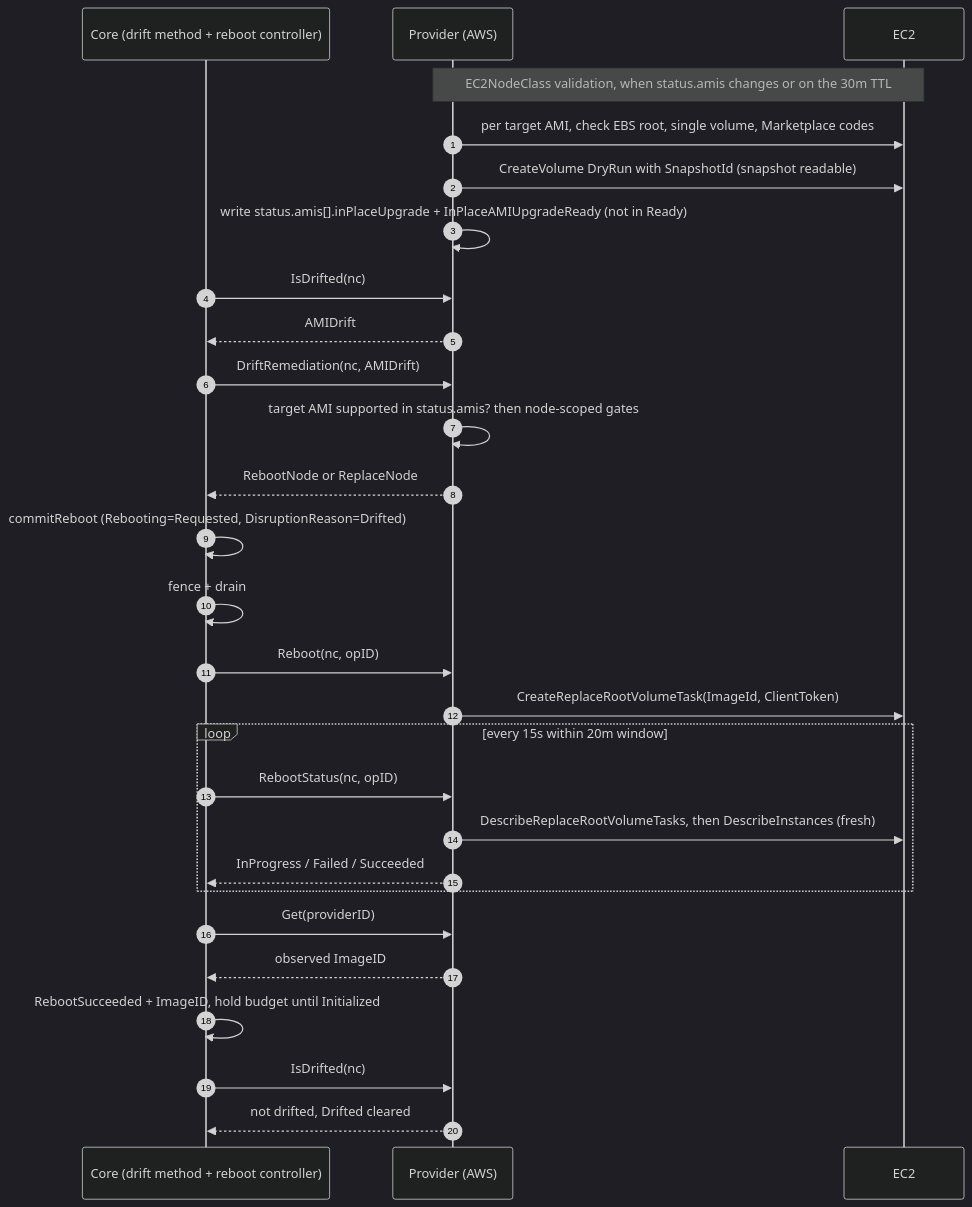
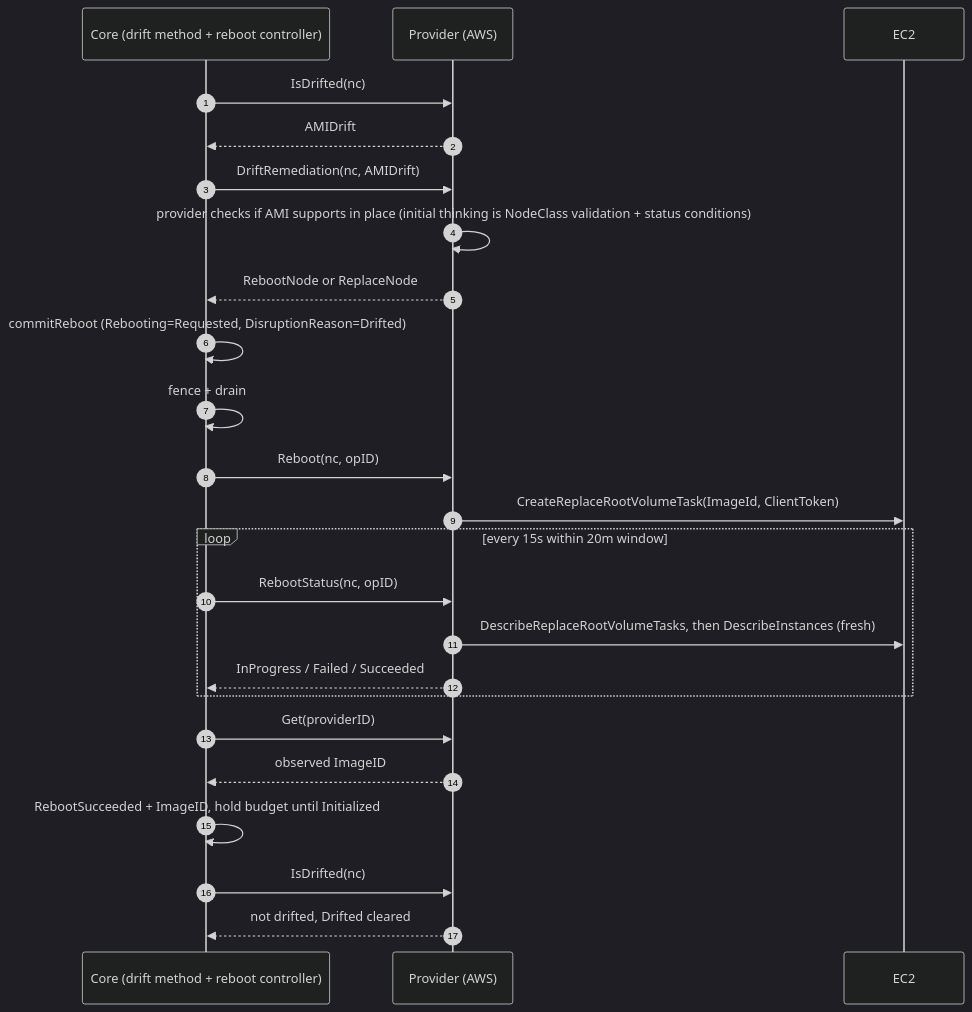
The diagram in designs/in-place-ami-upgrade-sequence.md (aws/karpenter-provider-aws), drawn with Mermaid (dark theme) before and after one commit. The commit also changed other lines of this file, not shown here.

Commit message:
docs: simplify AMI in-place support check in sketch

````diff
--- a/designs/in-place-ami-upgrade-sequence.md
+++ b/designs/in-place-ami-upgrade-sequence.md
@@ -3,30 +3,26 @@
 ```mermaid
 sequenceDiagram
     autonumber
     participant Core as Core (drift method + reboot controller)
     participant CP as Provider (AWS)
     participant EC2
-    Note over CP,EC2: EC2NodeClass validation, when status.amis changes or on the 30m TTL
-    CP->>EC2: per target AMI, check EBS root, single volume, Marketplace codes
-    CP->>EC2: CreateVolume DryRun with SnapshotId (snapshot readable)
-    CP->>CP: write status.amis[].inPlaceUpgrade + InPlaceAMIUpgradeReady (not in Ready)
     Core->>CP: IsDrifted(nc)
     CP-->>Core: AMIDrift
     Core->>CP: DriftRemediation(nc, AMIDrift)
-    CP->>CP: target AMI supported in status.amis? then node-scoped gates
+    CP->>CP: provider checks if AMI supports in place (initial thinking is NodeClass validation + status conditions)
     CP-->>Core: RebootNode or ReplaceNode
     Core->>Core: commitReboot (Rebooting=Requested, DisruptionReason=Drifted)
     Core->>Core: fence + drain
     Core->>CP: Reboot(nc, opID)
     CP->>EC2: CreateReplaceRootVolumeTask(ImageId, ClientToken)
     loop every 15s within 20m window
         Core->>CP: RebootStatus(nc, opID)
         CP->>EC2: DescribeReplaceRootVolumeTasks, then DescribeInstances (fresh)
         CP-->>Core: InProgress / Failed / Succeeded
     end
     Core->>CP: Get(providerID)
     CP-->>Core: observed ImageID
     Core->>Core: RebootSucceeded + ImageID, hold budget until Initialized
     Core->>CP: IsDrifted(nc)
     CP-->>Core: not drifted, Drifted cleared
 ```
````
